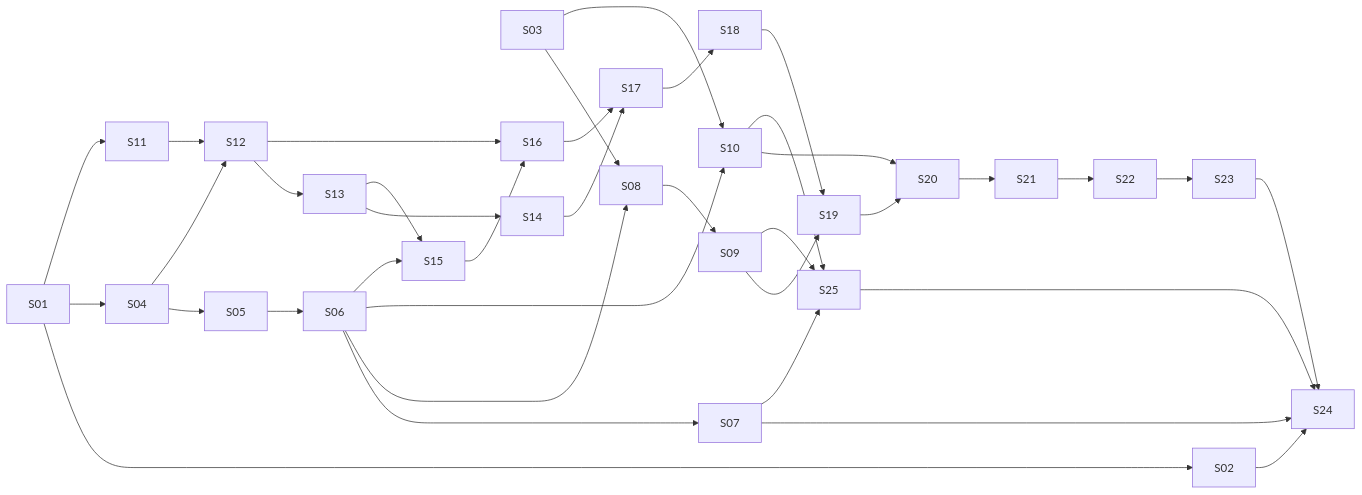
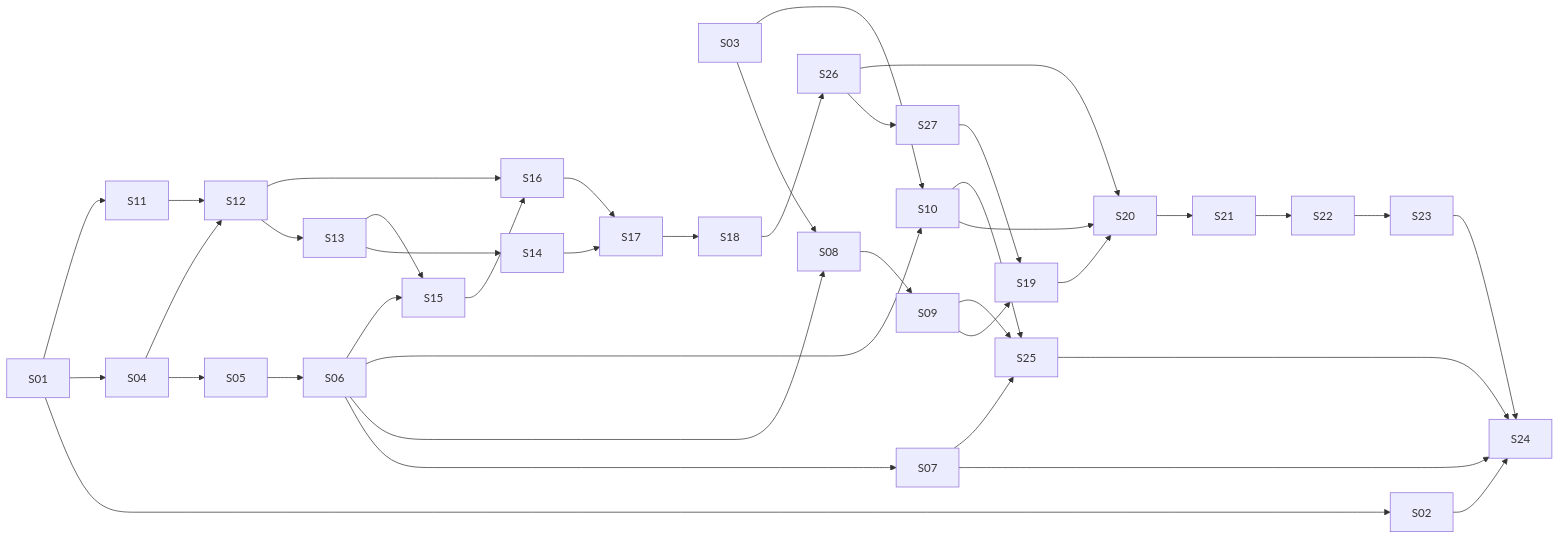
The diagram in plans/android-rewrite/PLAN.md (cmgregorynet/bananachess), drawn with Mermaid before and after one commit. The commit also changed other lines of this file and 7 other files, not shown here.

First line of the commit message:
docs(plan): act on the architecture review — add S26, S27 and fold fixes into S18-S22

````diff
--- a/plans/android-rewrite/PLAN.md
+++ b/plans/android-rewrite/PLAN.md
@@ -73,32 +75,33 @@
 ```mermaid
 graph LR
   S01 --> S02
   S01 --> S04
   S01 --> S11
   S04 --> S05 --> S06
   S06 --> S07
   S06 --> S08 --> S09
   S03 --> S08
   S06 --> S10
   S03 --> S10
   S11 --> S12
   S04 --> S12
   S12 --> S13 --> S14
   S06 --> S15
   S13 --> S15
   S15 --> S16
   S12 --> S16
   S16 --> S17
   S14 --> S17
-  S17 --> S18 --> S19
+  S17 --> S18 --> S26 --> S27 --> S19
+  S26 --> S20
   S09 --> S19
   S19 --> S20
   S10 --> S20
   S20 --> S21 --> S22 --> S23 --> S24
   S07 --> S24
   S02 --> S24
   S07 --> S25
   S09 --> S25
   S10 --> S25
   S25 --> S24
 ```
````
